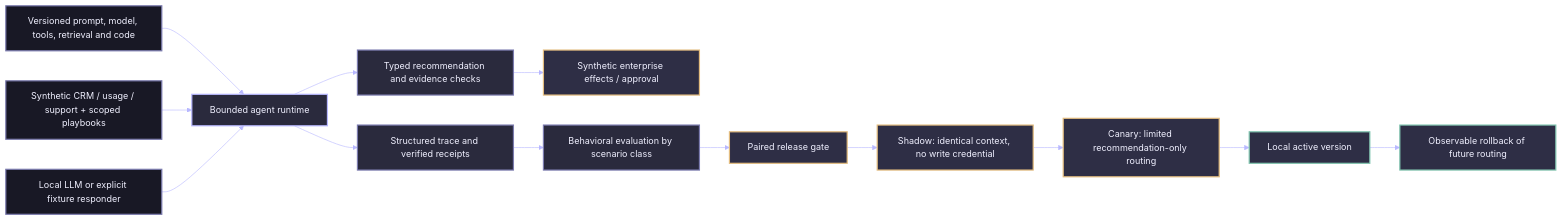
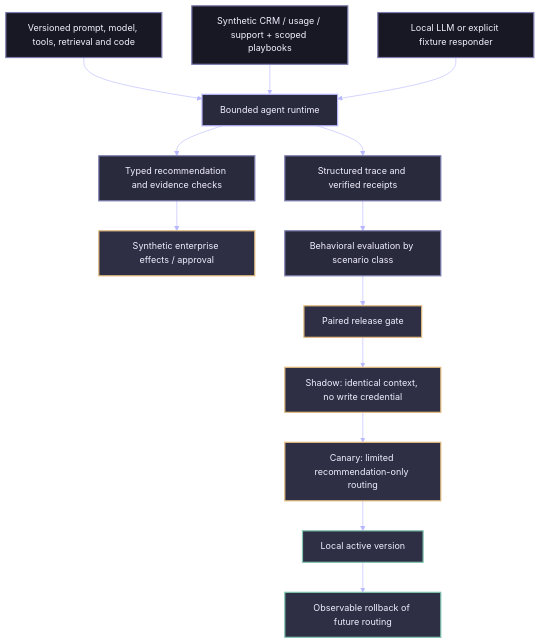
One commit to rlbsem/enterprise-agent-runtime-evaluation changed the diagram in README.md. Above: the diagram before and after it, drawn with Mermaid.

Commit message:
Improve GitHub diagram readability using vertical flow layout

````diff
--- a/README.md
+++ b/README.md
@@ -17,28 +17,28 @@
 ```mermaid
 %%{init: {"theme":"base","themeVariables":{"background":"#10101D","primaryColor":"#2A2A3D","primaryTextColor":"#F0F0FF","primaryBorderColor":"#7C7CAF","lineColor":"#B8B8FF","textColor":"#F0F0FF","secondaryColor":"#181825","tertiaryColor":"#2E2E45","fontFamily":"IBM Plex Sans, Arial, sans-serif","fontSize":"15px","edgeLabelBackground":"#10101D"}}}%%
-flowchart LR
+flowchart TB
   V[Versioned prompt, model, tools, retrieval and code] --> R[Bounded agent runtime]
   C[Synthetic CRM / usage / support + scoped playbooks] --> R
   M[Local LLM or explicit fixture responder] --> R
   R --> T[Typed recommendation and evidence checks]
   T --> E[Synthetic enterprise effects / approval]
   R --> O[Structured trace and verified receipts]
   O --> Q[Behavioral evaluation by scenario class]
   Q --> G[Paired release gate]
   G --> S[Shadow: identical context, no write credential]
   S --> K[Canary: limited recommendation-only routing]
   K --> P[Local active version]
   P --> B[Observable rollback of future routing]
 
   classDef input fill:#181825,stroke:#7C7CAF,color:#F0F0FF,stroke-width:2px;
   classDef foundation fill:#2A2A3D,stroke:#B8B8FF,color:#F0F0FF,stroke-width:2px;
   classDef process fill:#2A2A3D,stroke:#7C7CAF,color:#F0F0FF,stroke-width:2px;
   classDef control fill:#2E2E45,stroke:#E3BC7F,color:#F0F0FF,stroke-width:2px;
   classDef output fill:#2E2E45,stroke:#81C5B0,color:#F0F0FF,stroke-width:2px;
 
   class V,C,M input;
   class R foundation;
   class T,O,Q process;
   class E,G,S,K control;
   class P,B output;
 ```
````
